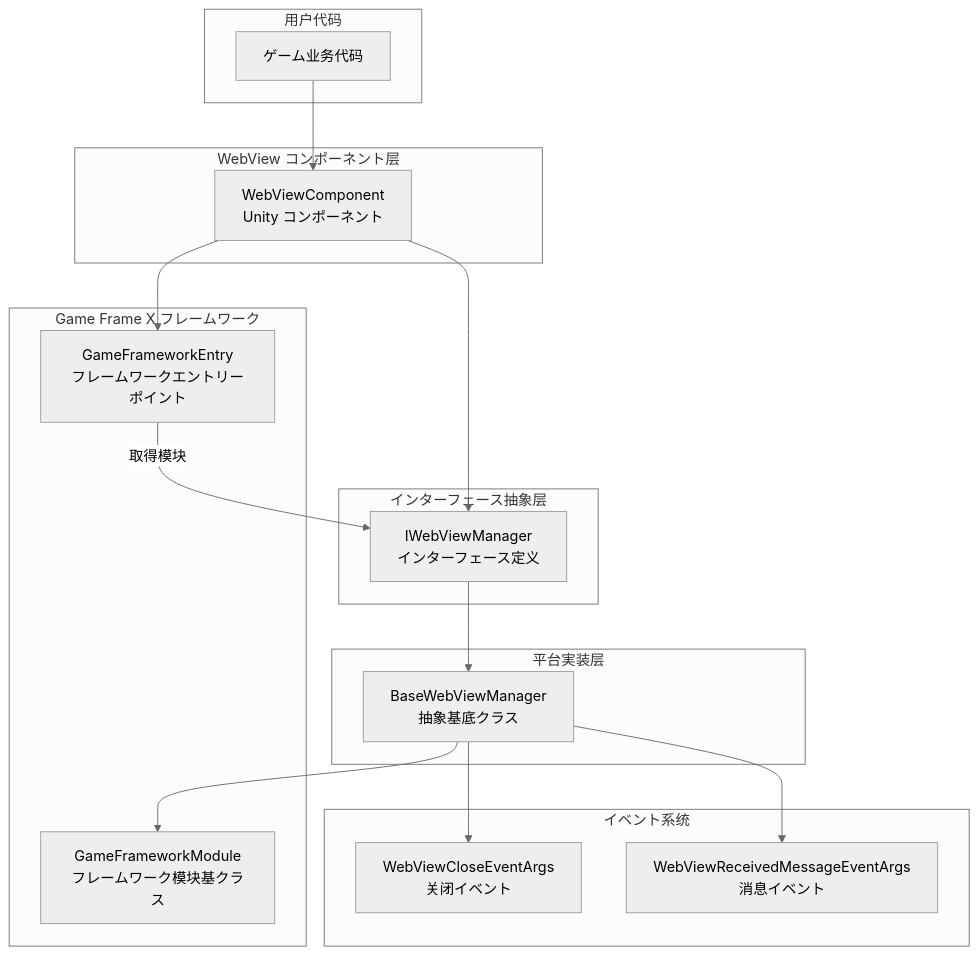
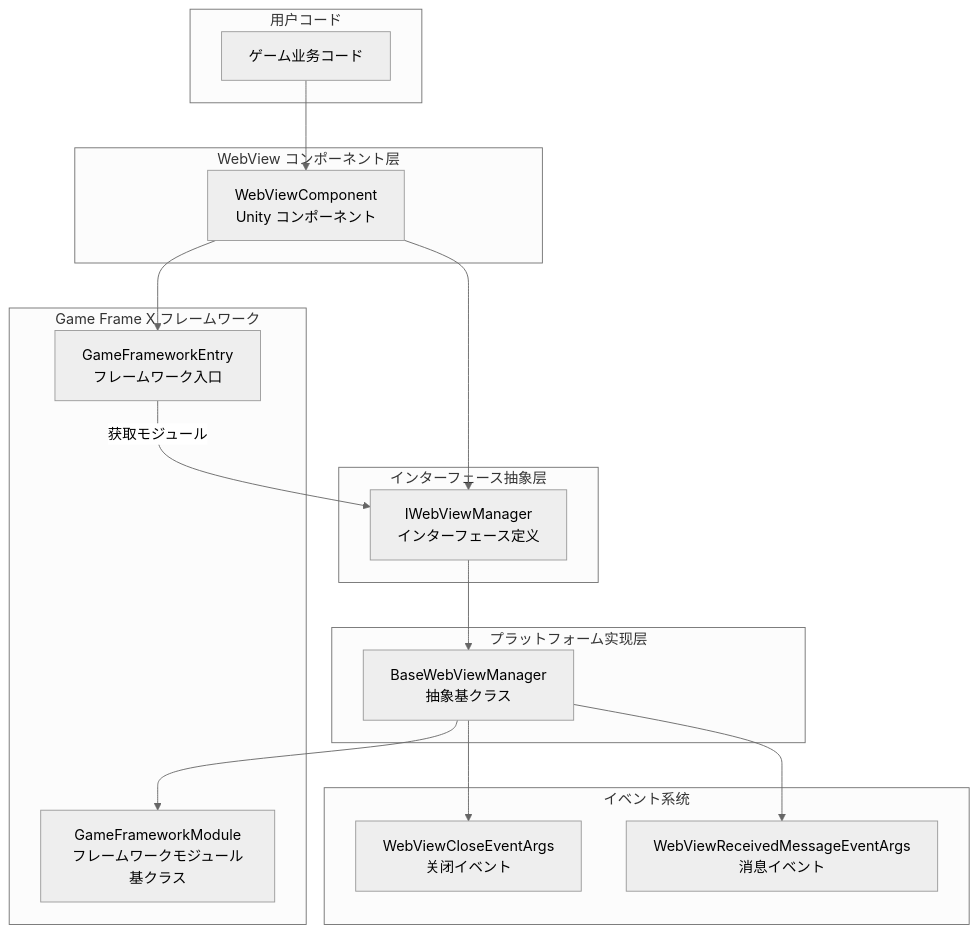
The first of 3 diagrams in docs/ja/client/unity/component/webview/01.overview.md (AlianBlank/GameFrameX.Docs), drawn with Mermaid (neutral theme) before and after one commit. The commit also changed other lines of this file and 320 other files, not shown here.

````diff
--- a/docs/ja/client/unity/component/webview/01.overview.md
+++ b/docs/ja/client/unity/component/webview/01.overview.md
@@ -26,37 +26,37 @@
 ```mermaid
 flowchart TD
-    subgraph 用户层["用户代码"]
-        UserCode["ゲーム业务代码"]
+    subgraph 用户层["用户コード"]
+        UserCode["ゲーム业务コード"]
     end
 
     subgraph コンポーネント层["WebView コンポーネント层"]
         WebViewComponent["WebViewComponent<br/>Unity コンポーネント"]
     end
 
     subgraph インターフェース层["インターフェース抽象层"]
         IWebViewManager["IWebViewManager<br/>インターフェース定义"]
     end
 
-    subgraph 実装层["平台実装层"]
-        BaseWebViewManager["BaseWebViewManager<br/>抽象基底クラス"]
+    subgraph 实现层["プラットフォーム实现层"]
+        BaseWebViewManager["BaseWebViewManager<br/>抽象基クラス"]
     end
 
     subgraph フレームワーク层["Game Frame X フレームワーク"]
-        GameFrameworkModule["GameFrameworkModule<br/>フレームワーク模块基クラス"]
-        GameFrameworkEntry["GameFrameworkEntry<br/>フレームワークエントリーポイント"]
+        GameFrameworkModule["GameFrameworkModule<br/>フレームワークモジュール基クラス"]
+        GameFrameworkEntry["GameFrameworkEntry<br/>フレームワーク入口"]
     end
 
     subgraph イベント层["イベント系统"]
         WebViewCloseEventArgs["WebViewCloseEventArgs<br/>关闭イベント"]
         WebViewReceivedMessageEventArgs["WebViewReceivedMessageEventArgs<br/>消息イベント"]
     end
 
     UserCode --> WebViewComponent
     WebViewComponent --> IWebViewManager
     IWebViewManager --> BaseWebViewManager
     BaseWebViewManager --> GameFrameworkModule
     WebViewComponent --> GameFrameworkEntry
-    GameFrameworkEntry --> |取得模块| IWebViewManager
+    GameFrameworkEntry --> |获取モジュール| IWebViewManager
     BaseWebViewManager --> WebViewCloseEventArgs
     BaseWebViewManager --> WebViewReceivedMessageEventArgs
 ```
````
